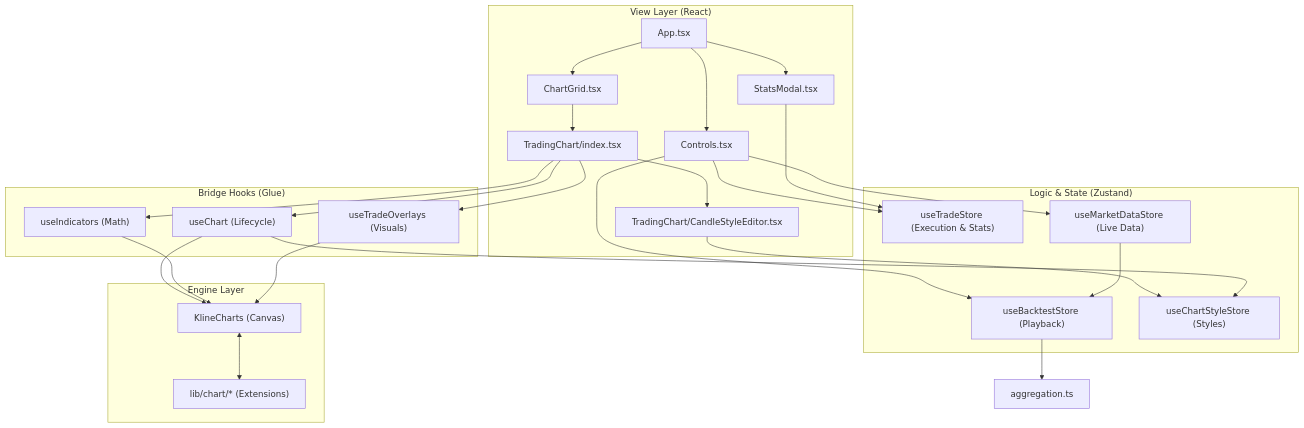
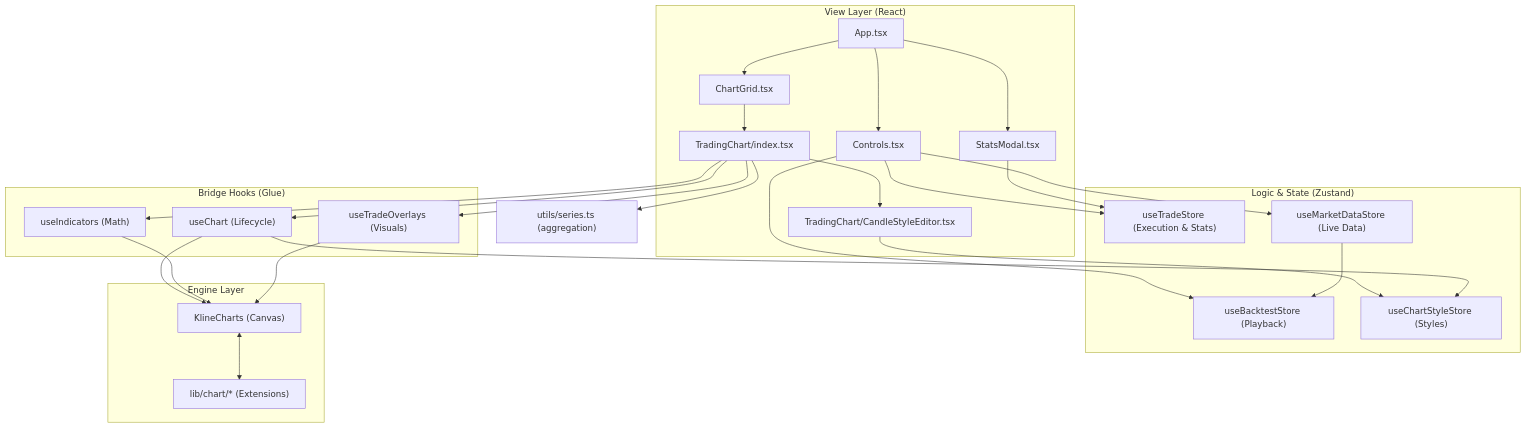
One commit to BinaryMasc/OpenBackTest changed the diagram in CODEBASE.md. Above: the diagram before and after it, drawn with Mermaid. The commit also changed other lines of this file, not shown here.

````diff
--- a/CODEBASE.md
+++ b/CODEBASE.md
@@ -142,43 +158,43 @@
 ```mermaid
 graph TD
     %% Layers
     subgraph UI ["View Layer (React)"]
         App["App.tsx"]
         Controls["Controls.tsx"]
         ChartGrid["ChartGrid.tsx"]
         ChartUI["TradingChart/index.tsx"]
         CandleEditor["TradingChart/CandleStyleEditor.tsx"]
         Stats["StatsModal.tsx"]
     end
 
     subgraph Logic ["Logic & State (Zustand)"]
         BS["useBacktestStore (Playback)"]
         TS["useTradeStore (Execution & Stats)"]
         CSS["useChartStyleStore (Styles)"]
         BNS["useMarketDataStore (Live Data)"]
     end
 
     subgraph Bridge ["Bridge Hooks (Glue)"]
         UC["useChart (Lifecycle)"]
         UIH["useIndicators (Math)"]
         UT["useTradeOverlays (Visuals)"]
     end
 
     subgraph Engine ["Engine Layer"]
         KC["KlineCharts (Canvas)"]
         Lib["lib/chart/* (Extensions)"]
     end
 
     %% Mapping
     App --> Controls & ChartGrid & Stats
     ChartGrid --> ChartUI
     Controls --> BS & TS & BNS
     BNS --> BS
     ChartUI --> UC & UIH & UT & CandleEditor
     CandleEditor --> CSS
     Stats --> TS
     UC & UIH & UT --> KC
     UC --> CSS
     KC <--> Lib
-    BS --> Agg["aggregation.ts"]
+    ChartUI --> Agg["utils/series.ts (aggregation)"]
 ```
````
